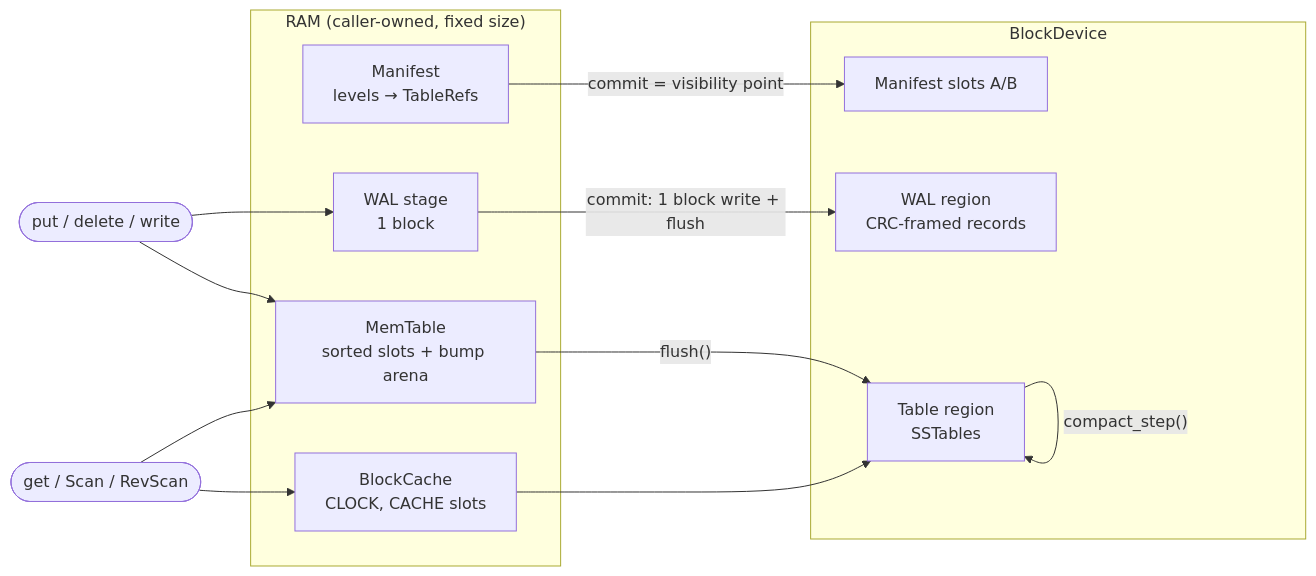
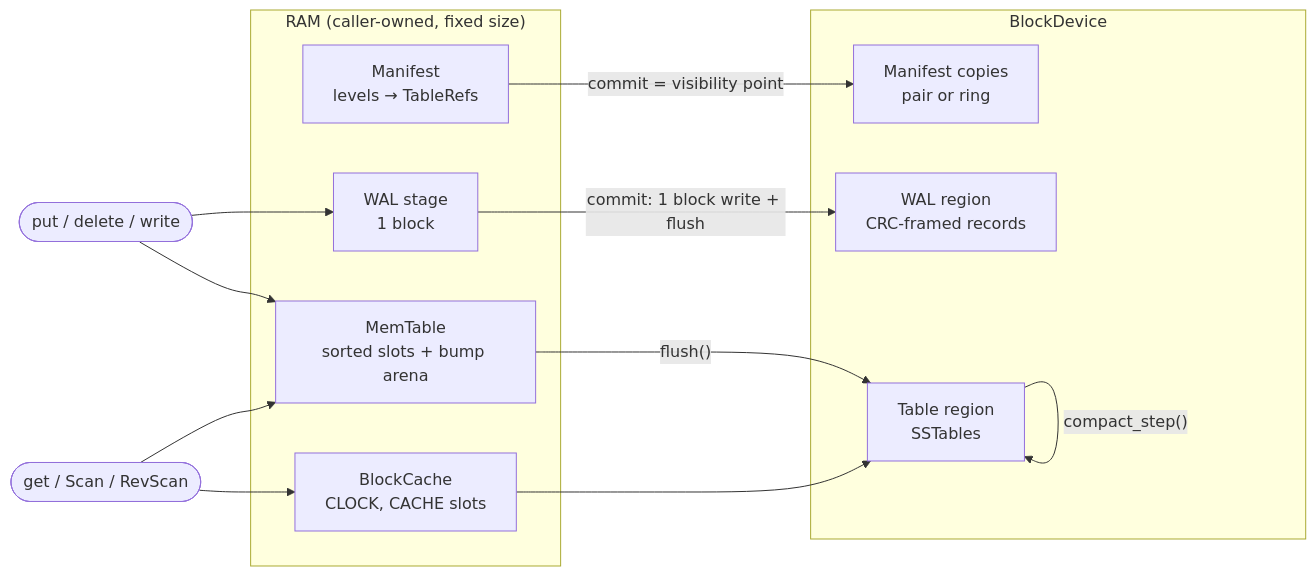
The diagram in README.md (madmax983/horton), drawn with Mermaid before and after one commit. The commit also changed other lines of this file and 17 other files, not shown here.

````diff
--- a/README.md
+++ b/README.md
@@ -118,21 +119,21 @@
 ```mermaid
 flowchart LR
     subgraph RAM["RAM (caller-owned, fixed size)"]
         MT["MemTable<br/>sorted slots + bump arena"]
         WS["WAL stage<br/>1 block"]
         MF["Manifest<br/>levels → TableRefs"]
         BC["BlockCache<br/>CLOCK, CACHE slots"]
     end
     subgraph DEV["BlockDevice"]
-        MS["Manifest slots A/B"]
+        MS["Manifest copies<br/>pair or ring"]
         WAL["WAL region<br/>CRC-framed records"]
         TBL["Table region<br/>SSTables"]
     end
     W(["put / delete / write"]) --> WS -->|"commit: 1 block write + flush"| WAL
     W --> MT
     MT -->|"flush()"| TBL
     TBL -->|"compact_step()"| TBL
     MF -->|"commit = visibility point"| MS
     R(["get / Scan / RevScan"]) --> MT
     R --> BC --> TBL
 ```
````
